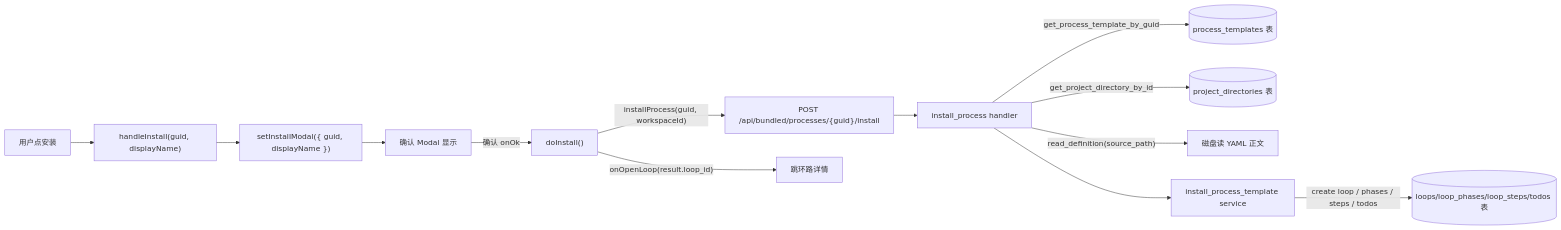
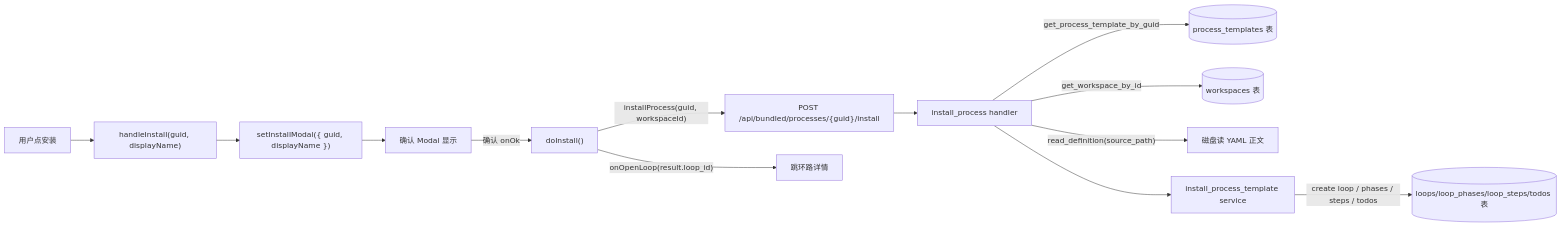
The first of 4 diagrams in frontend/src/help/pages/process-install.md (weibaohui/ntd), drawn with Mermaid before and after one commit. The commit also changed 122 other files, not shown here.

First line of the commit message:
refactor(104): 工作空间命名统一——project_directory 全套改为 workspace (#1054)

````diff
--- a/frontend/src/help/pages/process-install.md
+++ b/frontend/src/help/pages/process-install.md
@@ -9,15 +9,15 @@
 ```mermaid
 flowchart LR
   U[用户点安装] --> HI["handleInstall(guid, displayName)"]
   HI --> SIM["setInstallModal({ guid, displayName })"]
   SIM --> MOD["确认 Modal 显示"]
   MOD --"确认 onOk"--> DI["doInstall()"]
   DI --"installProcess(guid, workspaceId)"--> API["POST /api/bundled/processes/{guid}/install"]
   API --> H["install_process handler"]
   H --"get_process_template_by_guid"--> DB1[(process_templates 表)]
-  H --"get_project_directory_by_id"--> DB2[(project_directories 表)]
+  H --"get_workspace_by_id"--> DB2[(workspaces 表)]
   H --"read_definition(source_path)"--> FS["磁盘读 YAML 正文"]
   H --> SVC["install_process_template service"]
   SVC --"create loop / phases / steps / todos"--> DB3[(loops/loop_phases/loop_steps/todos 表)]
   DI --"onOpenLoop(result.loop_id)"--> NAV["跳环路详情"]
 ```
````
